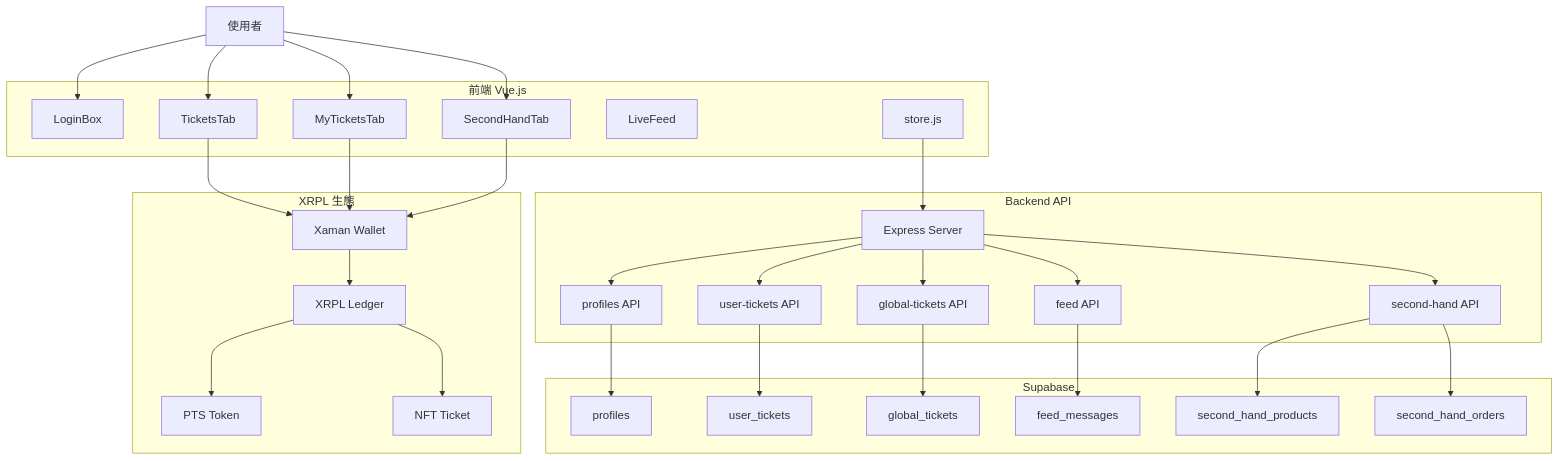
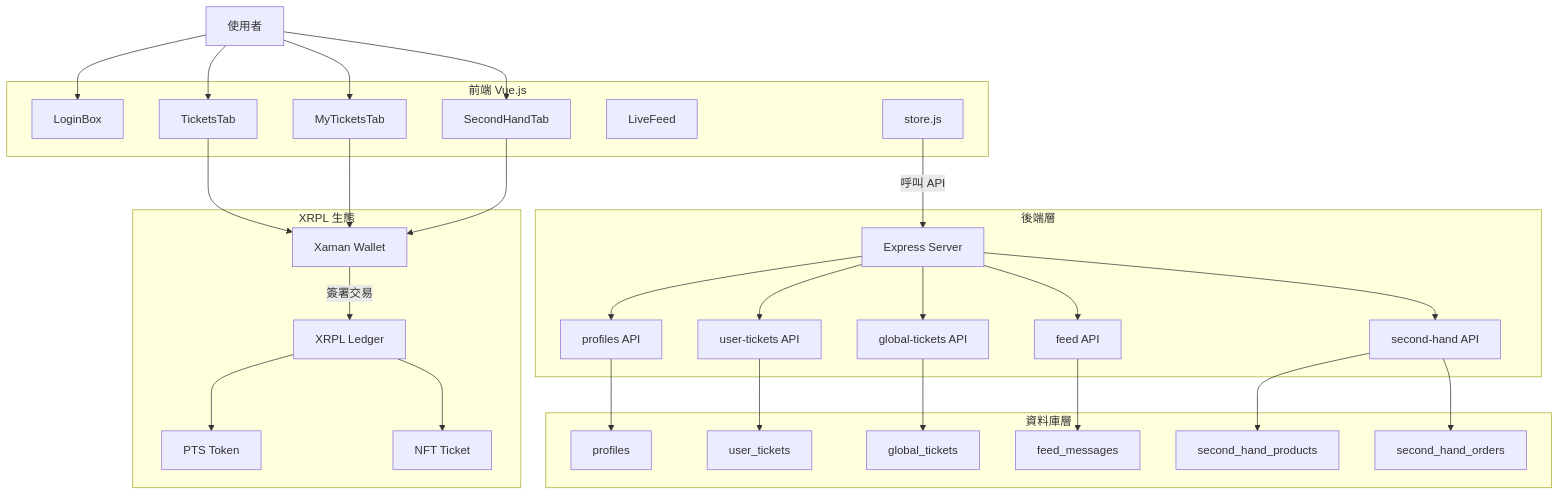
Before and after one commit to zhuang147/Blockchain-fan-economy-document: the first of 2 diagrams in System architecture diagram1.md, drawn with Mermaid.

Commit message:
Update System architecture diagram1.md

````diff
--- a/System architecture diagram1.md
+++ b/System architecture diagram1.md
@@ -1,67 +1,68 @@
 ```mermaid
 graph TD
 
 U[使用者]
 
 subgraph Frontend[前端 Vue.js]
 A1[LoginBox]
 A2[TicketsTab]
 A3[MyTicketsTab]
 A4[SecondHandTab]
 A5[LiveFeed]
 A6[store.js]
 end
 
-subgraph Backend[Backend API]
+subgraph Backend[後端層]
 B1[Express Server]
 B2[profiles API]
 B3[user-tickets API]
 B4[global-tickets API]
 B5[feed API]
 B6[second-hand API]
 end
 
-subgraph Database[Supabase]
+subgraph Database[資料庫層]
 C1[profiles]
 C2[user_tickets]
 C3[global_tickets]
 C4[feed_messages]
 C5[second_hand_products]
 C6[second_hand_orders]
 end
 
 subgraph XRPL[XRPL 生態]
 D1[Xaman Wallet]
 D2[XRPL Ledger]
 D3[PTS Token]
 D4[NFT Ticket]
 end
 
 U --> A1
 U --> A2
 U --> A3
 U --> A4
 
-A6 --> B1
+A6 --> |呼叫 API| B1
 
 B1 --> B2
 B1 --> B3
 B1 --> B4
 B1 --> B5
 B1 --> B6
 
 B2 --> C1
 B3 --> C2
 B4 --> C3
 B5 --> C4
 B6 --> C5
 B6 --> C6
 
 A2 --> D1
 A3 --> D1
 A4 --> D1
 
-D1 --> D2
+D1 --> |簽署交易| D2
 D2 --> D3
 D2 --> D4
+
 ```
````
